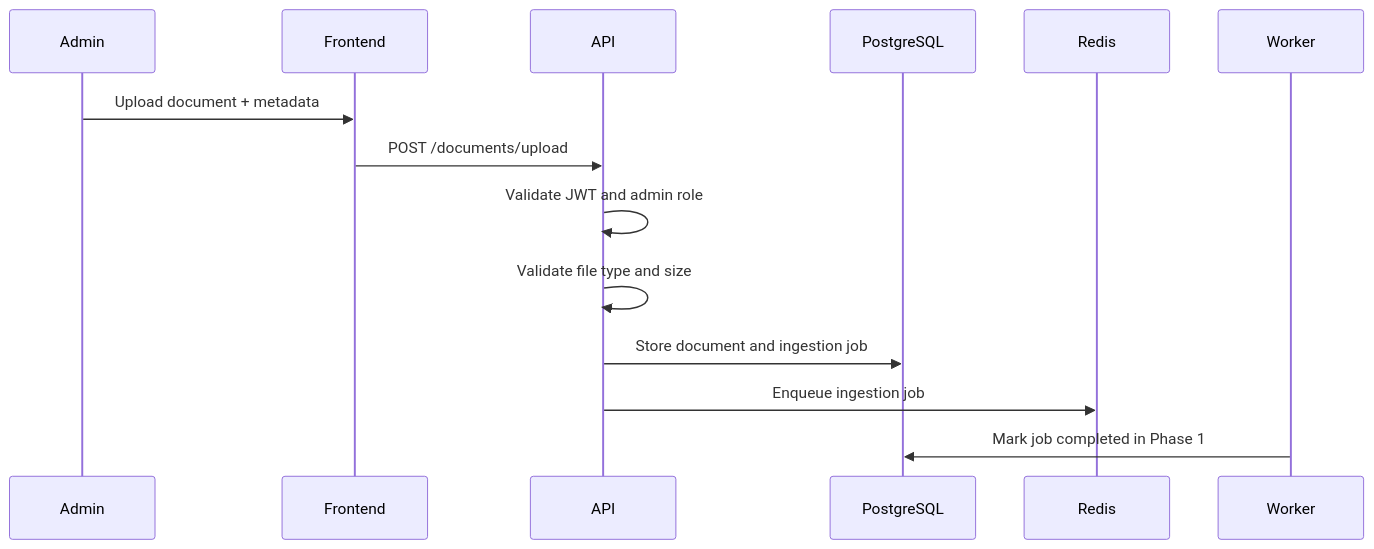
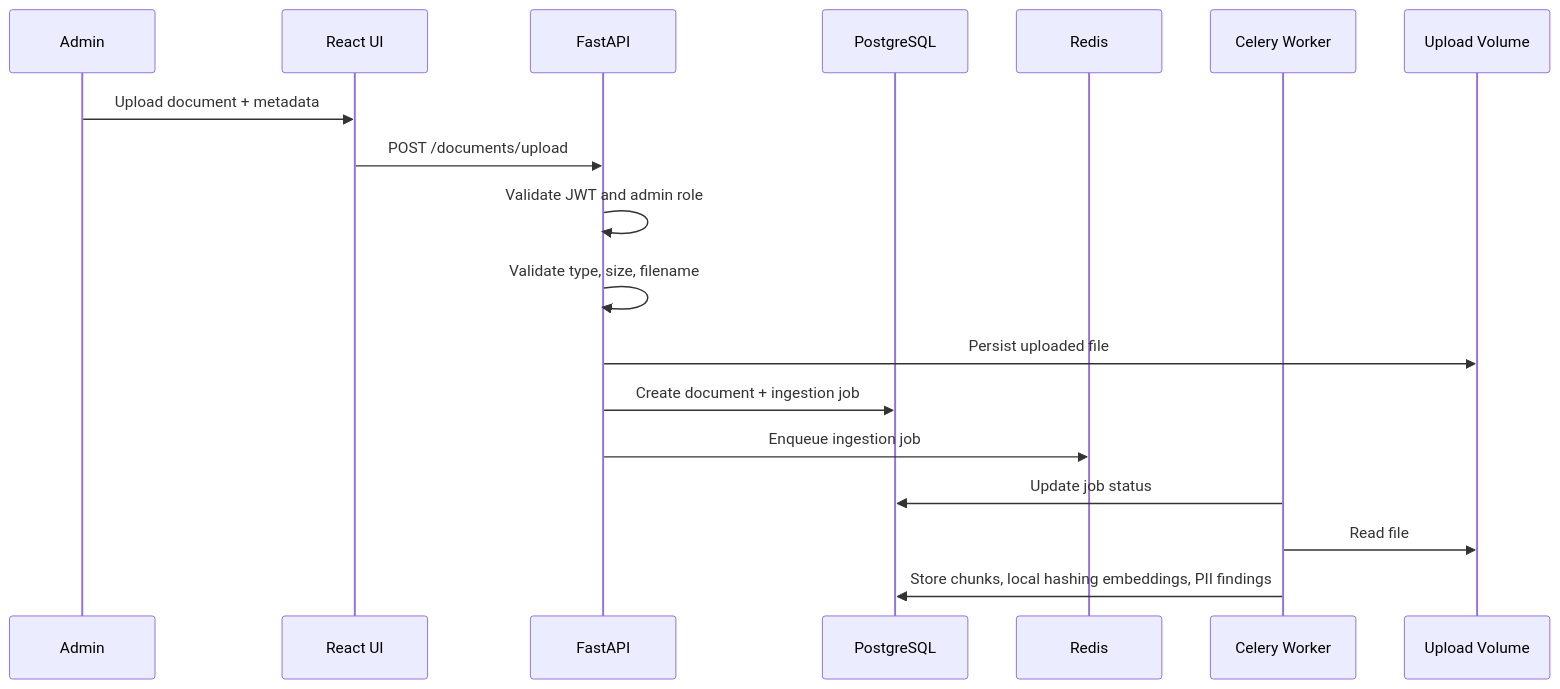
The first of 3 diagrams in docs/data-flow.md (rahul2333/enterprise-rag-governance), drawn with Mermaid before and after one commit. The commit also changed other lines of this file and 75 other files, not shown here.

````diff
--- a/docs/data-flow.md
+++ b/docs/data-flow.md
@@ -3,17 +7,21 @@
 ```mermaid
 sequenceDiagram
   participant Admin
-  participant Frontend
-  participant API
+  participant UI as React UI
+  participant API as FastAPI
   participant DB as PostgreSQL
   participant Queue as Redis
-  participant Worker
+  participant Worker as Celery Worker
+  participant Store as Upload Volume
 
-  Admin->>Frontend: Upload document + metadata
-  Frontend->>API: POST /documents/upload
+  Admin->>UI: Upload document + metadata
+  UI->>API: POST /documents/upload
   API->>API: Validate JWT and admin role
-  API->>API: Validate file type and size
-  API->>DB: Store document and ingestion job
+  API->>API: Validate type, size, filename
+  API->>Store: Persist uploaded file
+  API->>DB: Create document + ingestion job
   API->>Queue: Enqueue ingestion job
-  Worker->>DB: Mark job completed in Phase 1
+  Worker->>DB: Update job status
+  Worker->>Store: Read file
+  Worker->>DB: Store chunks, local hashing embeddings, PII findings
 ```
````
